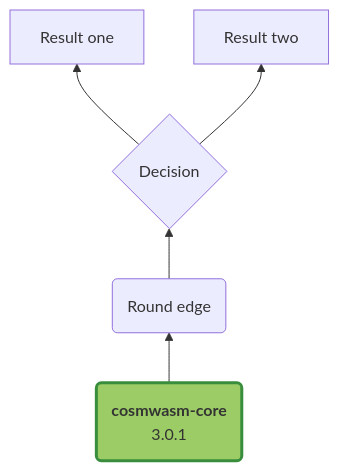
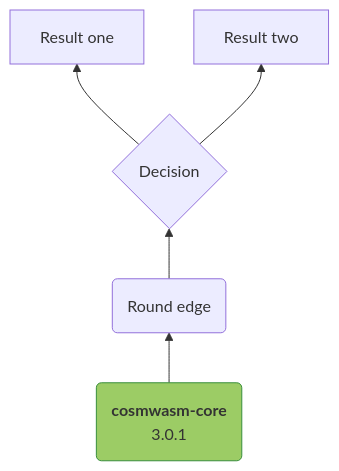
The diagram in dependencies/README.md (DariuszDepta/cosmwasm-notes), drawn with Mermaid before and after one commit.

````diff
--- a/dependencies/README.md
+++ b/dependencies/README.md
@@ -3,13 +3,13 @@
 ```mermaid
 flowchart BT
     A("`**cosmwasm-core**
         3.0.1`"):::someclass 
         
     A --> B(Round edge)
     
     B --> C{Decision}
     C --> D[Result one]
     C --> E[Result two]
     
-    style A fill:#9ccc65,stroke:#388e3c,stroke-width:3px
+    style A fill:#9ccc65,stroke:#388e3c
 ```
````
